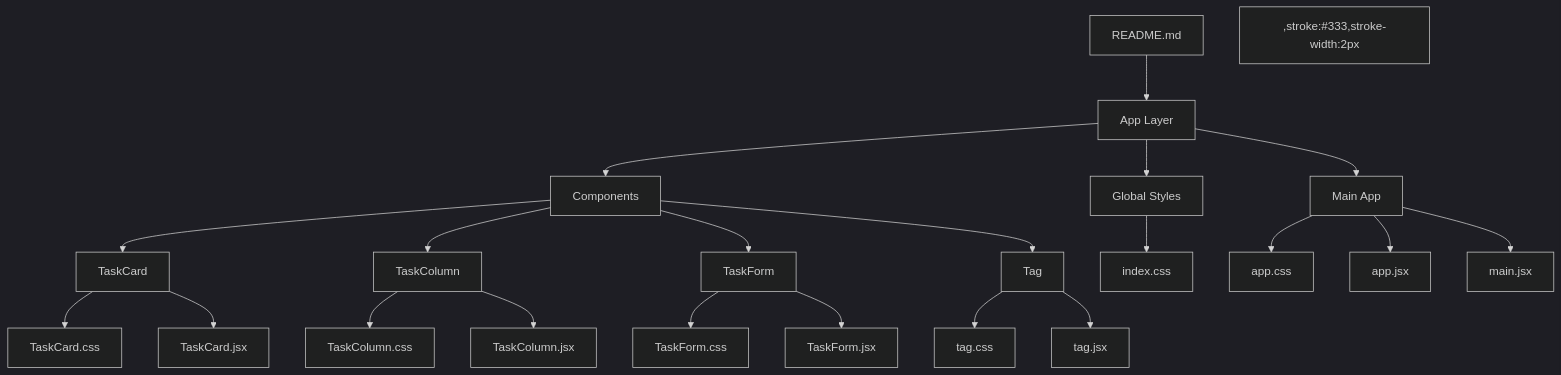
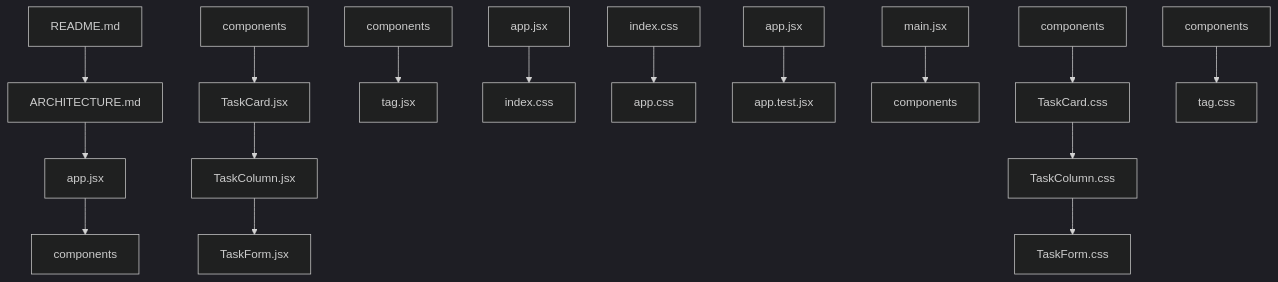
One commit to nirzaraghure/todo-app changed the diagram in ARCHITECTURE.md. Above: the diagram before and after it, drawn with Mermaid (dark theme).

Commit message:
🤖 GitGenius: AI-generated code fix

````diff
--- a/ARCHITECTURE.md
+++ b/ARCHITECTURE.md
@@ -3,44 +3,18 @@
 ```mermaid
 graph TD
-    A[README.md] --> B[App Layer]
-    B --> C[Components]
-    C --> D[TaskCard]
-    D --> E[TaskCard.css]
-    D --> F[TaskCard.jsx]
-    C --> G[TaskColumn]
-    G --> H[TaskColumn.css]
-    G --> I[TaskColumn.jsx]
-    C --> J[TaskForm]
-    J --> K[TaskForm.css]
-    J --> L[TaskForm.jsx]
-    C --> M[Tag]
-    M --> N[tag.css]
-    M --> O[tag.jsx]
-    B --> P[Global Styles]
-    P --> Q[index.css]
-    B --> R[Main App]
-    R --> S[app.css]
-    R --> T[app.jsx]
-    R --> U[main.jsx]
-    ,stroke:#333,stroke-width:2px
-    ,stroke:#333,stroke-width:2px
-    ,stroke:#333,stroke-width:2px
-    ,stroke:#333,stroke-width:2px
-    ,stroke:#333,stroke-width:2px
-    ,stroke:#333,stroke-width:2px
-    ,stroke:#333,stroke-width:2px
-    ,stroke:#333,stroke-width:2px
-    ,stroke:#333,stroke-width:2px
-    ,stroke:#333,stroke-width:2px
-    ,stroke:#333,stroke-width:2px
-    ,stroke:#333,stroke-width:2px
-    ,stroke:#333,stroke-width:2px
-    ,stroke:#333,stroke-width:2px
-    ,stroke:#333,stroke-width:2px
-    ,stroke:#333,stroke-width:2px
-    ,stroke:#333,stroke-width:2px
-    ,stroke:#333,stroke-width:2px
-    ,stroke:#333,stroke-width:2px
-    ,stroke:#333,stroke-width:2px
-    ,stroke:#333,stroke-width:2px
+    A[README.md] --> B[ARCHITECTURE.md]
+    B --> C[app.jsx]
+    C --> D[components]
+    E[components] --> F[TaskCard.jsx]
+    F --> G[TaskColumn.jsx]
+    G --> H[TaskForm.jsx]
+    I[components] --> J[tag.jsx]
+    K[app.jsx] --> L[index.css]
+    M[index.css] --> N[app.css]
+    O[app.jsx] --> P[app.test.jsx]
+    Q[main.jsx] --> R[components]
+    S[components] --> T[TaskCard.css]
+    T --> U[TaskColumn.css]
+    U --> V[TaskForm.css]
+    W[components] --> X[tag.css]
 ```
````
